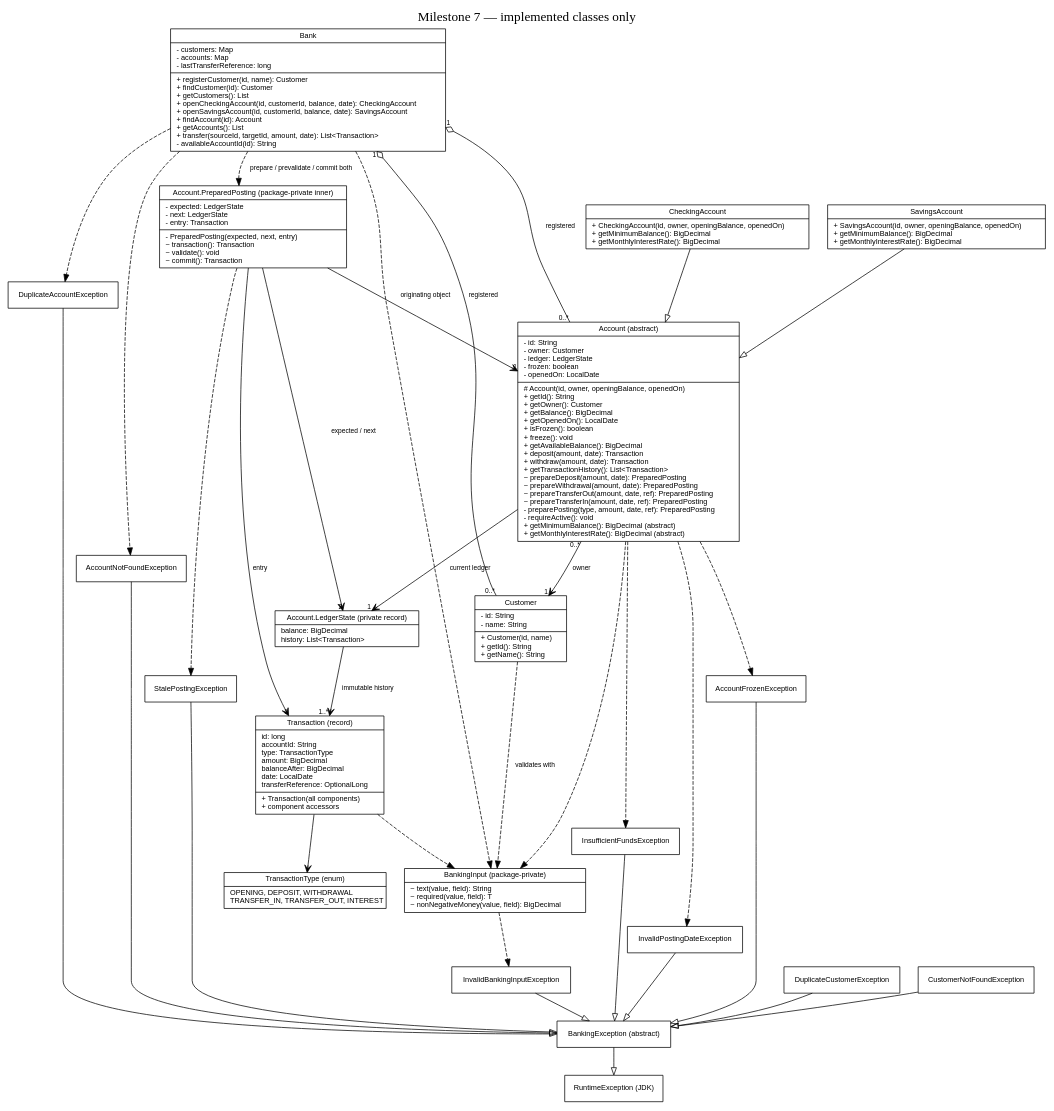
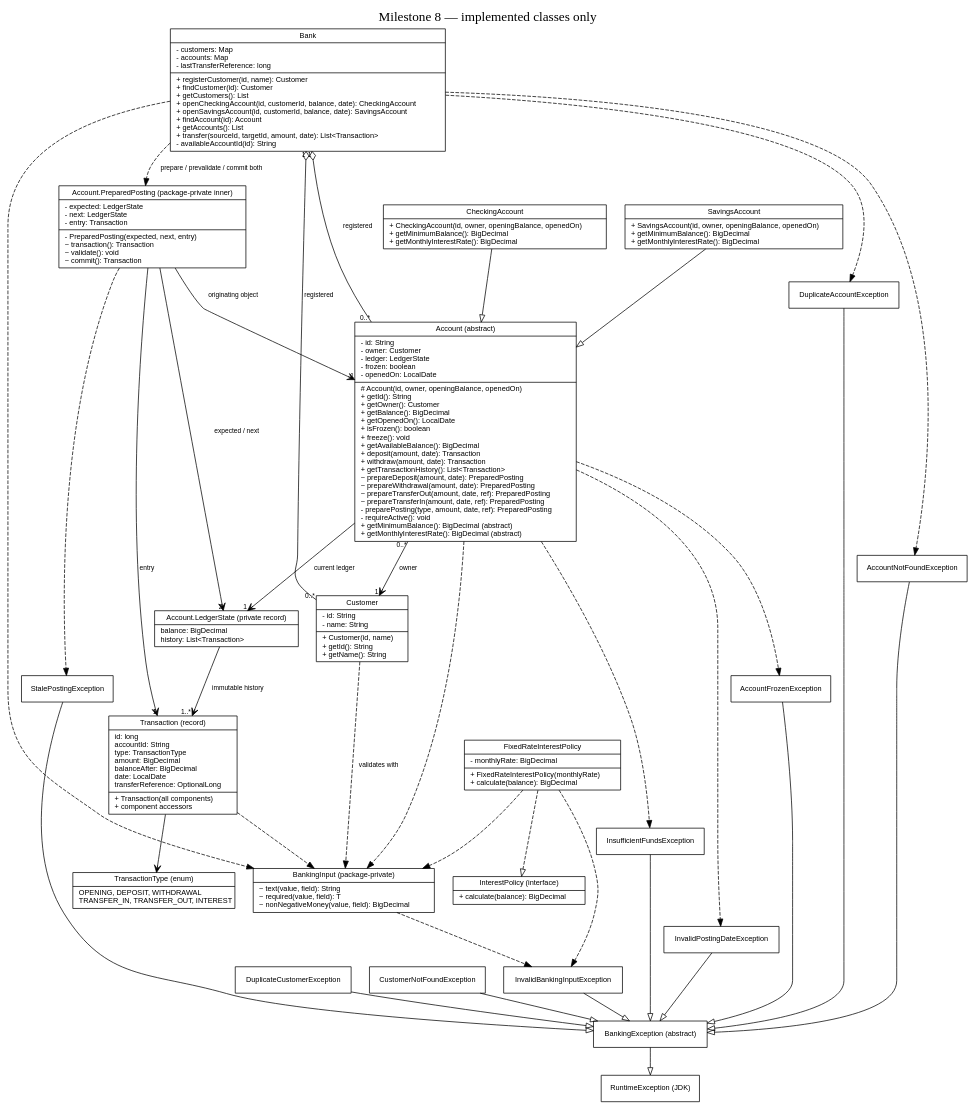
The diagram in docs/current-uml.dot (Mo3azGad/banking-management-system), drawn with Graphviz before and after one commit. The commit also changed 14 other files, not shown here.

Commit message:
Add pure monthly interest policy with half-even decimal rounding

```diff
--- a/docs/current-uml.dot
+++ b/docs/current-uml.dot
@@ -1,59 +1,64 @@
 digraph Current {
- graph [rankdir=TB, label="Milestone 7 — implemented classes only", labelloc=t, fontsize=18, bgcolor="white", nodesep=0.35];
+ graph [rankdir=TB, label="Milestone 8 — implemented classes only", labelloc=t, fontsize=18, bgcolor="white", nodesep=0.35];
  node [shape=record, fontname="Helvetica", fontsize=10];
  edge [fontname="Helvetica", fontsize=9];
  Bank [label="{Bank|- customers: Map\l- accounts: Map\l- lastTransferReference: long\l|+ registerCustomer(id, name): Customer\l+ findCustomer(id): Customer\l+ getCustomers(): List\l+ openCheckingAccount(id, customerId, balance, date): CheckingAccount\l+ openSavingsAccount(id, customerId, balance, date): SavingsAccount\l+ findAccount(id): Account\l+ getAccounts(): List\l+ transfer(sourceId, targetId, amount, date): List\<Transaction\>\l- availableAccountId(id): String\l}"];
  Customer [label="{Customer|- id: String\l- name: String\l|+ Customer(id, name)\l+ getId(): String\l+ getName(): String\l}"];
  Account [label="{Account (abstract)|- id: String\l- owner: Customer\l- ledger: LedgerState\l- frozen: boolean\l- openedOn: LocalDate\l|# Account(id, owner, openingBalance, openedOn)\l+ getId(): String\l+ getOwner(): Customer\l+ getBalance(): BigDecimal\l+ getOpenedOn(): LocalDate\l+ isFrozen(): boolean\l+ freeze(): void\l+ getAvailableBalance(): BigDecimal\l+ deposit(amount, date): Transaction\l+ withdraw(amount, date): Transaction\l+ getTransactionHistory(): List\<Transaction\>\l~ prepareDeposit(amount, date): PreparedPosting\l~ prepareWithdrawal(amount, date): PreparedPosting\l~ prepareTransferOut(amount, date, ref): PreparedPosting\l~ prepareTransferIn(amount, date, ref): PreparedPosting\l- preparePosting(type, amount, date, ref): PreparedPosting\l- requireActive(): void\l+ getMinimumBalance(): BigDecimal (abstract)\l+ getMonthlyInterestRate(): BigDecimal (abstract)\l}"];
  CheckingAccount [label="{CheckingAccount|+ CheckingAccount(id, owner, openingBalance, openedOn)\l+ getMinimumBalance(): BigDecimal\l+ getMonthlyInterestRate(): BigDecimal\l}"];
  SavingsAccount [label="{SavingsAccount|+ SavingsAccount(id, owner, openingBalance, openedOn)\l+ getMinimumBalance(): BigDecimal\l+ getMonthlyInterestRate(): BigDecimal\l}"];
  Transaction [label="{Transaction (record)|id: long\laccountId: String\ltype: TransactionType\lamount: BigDecimal\lbalanceAfter: BigDecimal\ldate: LocalDate\ltransferReference: OptionalLong\l|+ Transaction(all components)\l+ component accessors\l}"];
  TransactionType [label="{TransactionType (enum)|OPENING, DEPOSIT, WITHDRAWAL\lTRANSFER_IN, TRANSFER_OUT, INTEREST\l}"];
  BankingInput [label="{BankingInput (package-private)|~ text(value, field): String\l~ required(value, field): T\l~ nonNegativeMoney(value, field): BigDecimal\l}"];
  BankingException [label="BankingException (abstract)"];
  InvalidBankingInputException [label="InvalidBankingInputException"];
  DuplicateCustomerException [label="DuplicateCustomerException"];
  CustomerNotFoundException [label="CustomerNotFoundException"];
  InsufficientFundsException [label="InsufficientFundsException"];
  InvalidPostingDateException [label="InvalidPostingDateException"];
  DuplicateAccountException [label="DuplicateAccountException"];
  AccountNotFoundException [label="AccountNotFoundException"];
  AccountFrozenException [label="AccountFrozenException"];
  LedgerState [label="{Account.LedgerState (private record)|balance: BigDecimal\l history: List\<Transaction\>\l}"];
  PreparedPosting [label="{Account.PreparedPosting (package-private inner)|- expected: LedgerState\l- next: LedgerState\l- entry: Transaction\l|- PreparedPosting(expected, next, entry)\l~ transaction(): Transaction\l~ validate(): void\l~ commit(): Transaction\l}"];
  StalePostingException [label="StalePostingException"];
+ InterestPolicy [label="{InterestPolicy (interface)|+ calculate(balance): BigDecimal\l}"];
+ FixedRateInterestPolicy [label="{FixedRateInterestPolicy|- monthlyRate: BigDecimal\l|+ FixedRateInterestPolicy(monthlyRate)\l+ calculate(balance): BigDecimal\l}"];
  RuntimeException [label="RuntimeException (JDK)"];
  Bank -> Customer [arrowhead=none, arrowtail=odiamond, dir=both, taillabel="1", headlabel="0..*", label="registered"];
  Bank -> Account [arrowhead=none, arrowtail=odiamond, dir=both, taillabel="1", headlabel="0..*", label="registered"];
  Account -> Customer [arrowhead=vee, taillabel="0..*", headlabel="1", label="owner"];
  CheckingAccount -> Account [arrowhead=empty];
  SavingsAccount -> Account [arrowhead=empty];
  Account -> LedgerState [arrowhead=vee, headlabel="1", label="current ledger"];
  LedgerState -> Transaction [arrowhead=vee, headlabel="1..*", label="immutable history"];
  Bank -> PreparedPosting [style=dashed, label="prepare / prevalidate / commit both"];
  PreparedPosting -> Account [arrowhead=vee, headlabel="1", label="originating object"];
  PreparedPosting -> LedgerState [arrowhead=vee, headlabel="2", label="expected / next"];
  PreparedPosting -> Transaction [arrowhead=vee, headlabel="1", label="entry"];
  PreparedPosting -> StalePostingException [style=dashed];
  Transaction -> TransactionType [arrowhead=vee];
  Customer -> BankingInput [style=dashed, label="validates with"];
  Bank -> BankingInput [style=dashed];
  Account -> BankingInput [style=dashed];
  Transaction -> BankingInput [style=dashed];
  InvalidBankingInputException -> BankingException [arrowhead=empty];
  DuplicateCustomerException -> BankingException [arrowhead=empty];
  CustomerNotFoundException -> BankingException [arrowhead=empty];
  InsufficientFundsException -> BankingException [arrowhead=empty];
  InvalidPostingDateException -> BankingException [arrowhead=empty];
  Account -> InsufficientFundsException [style=dashed];
  Account -> InvalidPostingDateException [style=dashed];
  DuplicateAccountException -> BankingException [arrowhead=empty];
  AccountNotFoundException -> BankingException [arrowhead=empty];
  Bank -> DuplicateAccountException [style=dashed];
  Bank -> AccountNotFoundException [style=dashed];
  AccountFrozenException -> BankingException [arrowhead=empty];
  Account -> AccountFrozenException [style=dashed];
  StalePostingException -> BankingException [arrowhead=empty];
+ FixedRateInterestPolicy -> InterestPolicy [arrowhead=empty, style=dashed];
+ FixedRateInterestPolicy -> BankingInput [style=dashed];
+ FixedRateInterestPolicy -> InvalidBankingInputException [style=dashed];
  BankingException -> RuntimeException [arrowhead=empty];
  BankingInput -> InvalidBankingInputException [style=dashed];
 }
```
